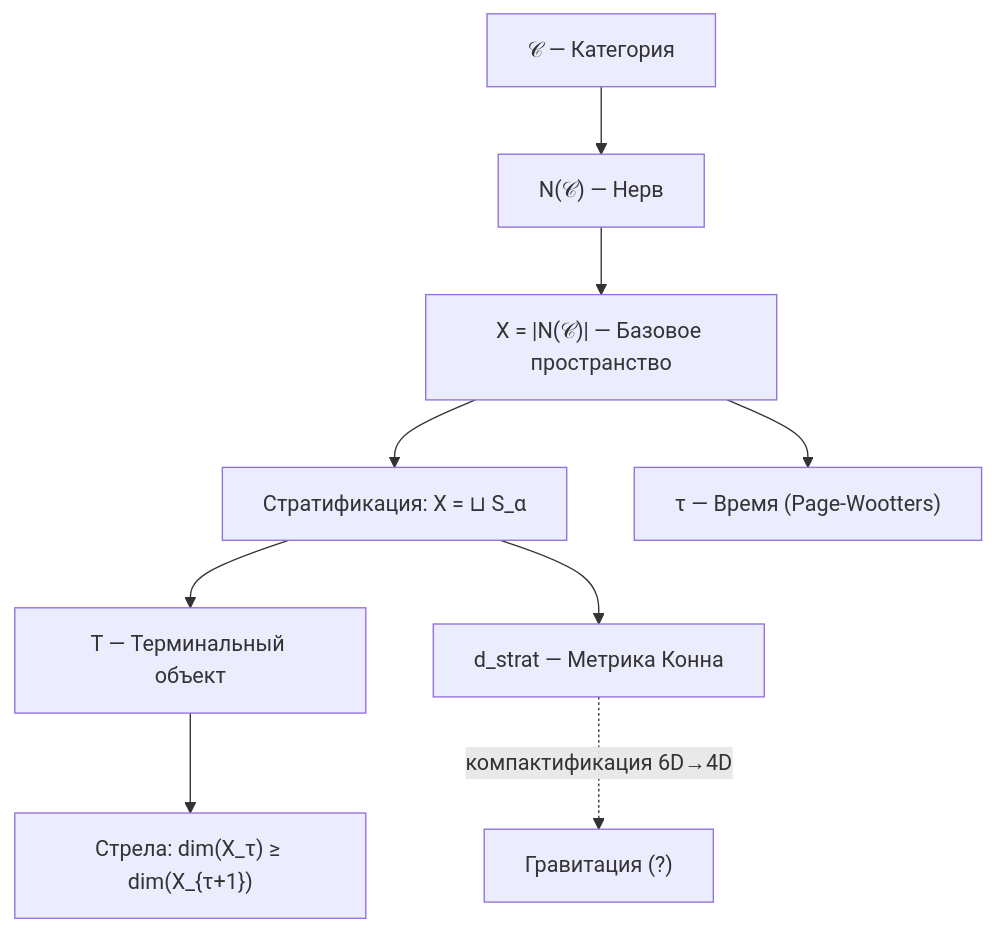
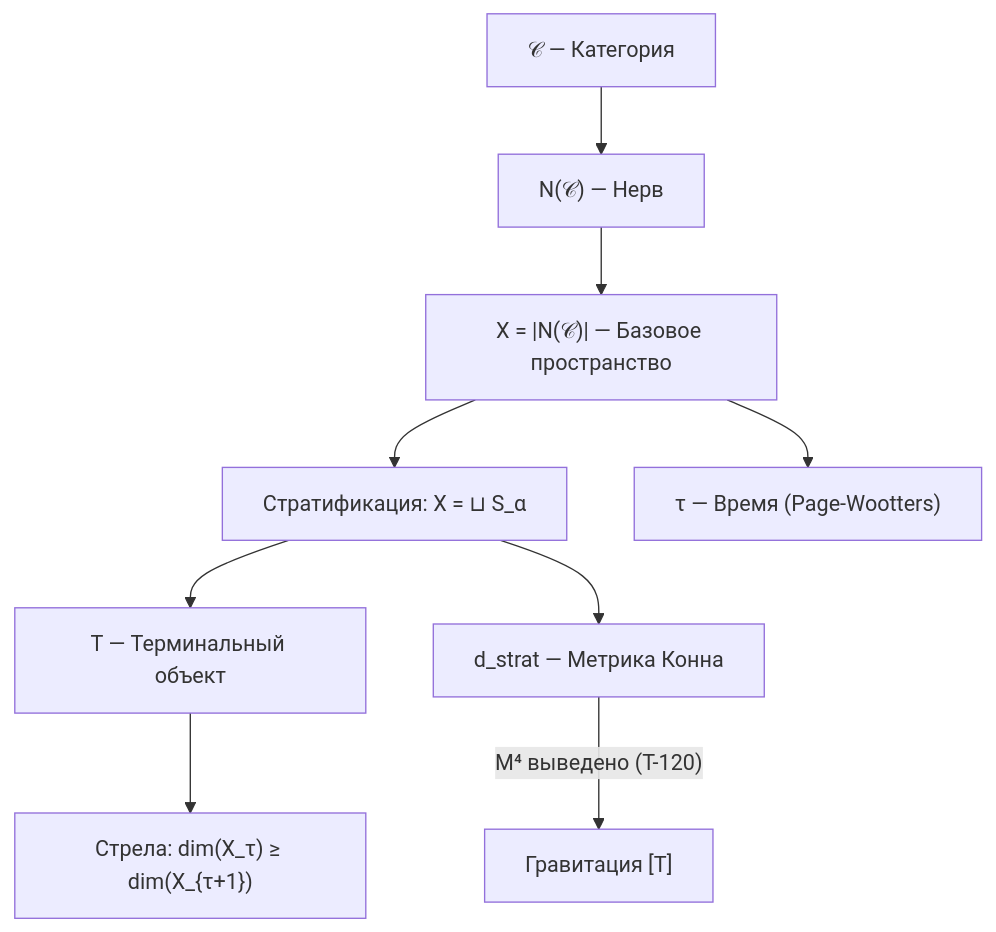
The diagram in website/docs/core/foundations/spacetime.md (uhm-theory/holon), drawn with Mermaid before and after one commit. The commit also changed other lines of this file and 26 other files, not shown here.

````diff
--- a/website/docs/core/foundations/spacetime.md
+++ b/website/docs/core/foundations/spacetime.md
@@ -390,21 +391,21 @@
 ```mermaid
 graph TD
     C["𝒞 — Категория"]
     N["N#40;𝒞#41; — Нерв"]
     X["X = |N#40;𝒞#41;| — Базовое пространство"]
     STRAT["Стратификация: X = ⊔ S_α"]
     T_OBJ["T — Терминальный объект"]
     DSTRAT["d_strat — Метрика Конна"]
     TIME["τ — Время #40;Page-Wootters#41;"]
     ARROW["Стрела: dim#40;X_τ#41; ≥ dim#40;X_{τ+1}#41;"]
-    GR["Гравитация #40;?#41;"]
+    GR["Гравитация #91;Т#93;"]
 
     C --> N
     N --> X
     X --> STRAT
     STRAT --> T_OBJ
     STRAT --> DSTRAT
     X --> TIME
     T_OBJ --> ARROW
-    DSTRAT -.-> |"компактификация 6D→4D"| GR
+    DSTRAT --> |"M⁴ выведено #40;T-120#41;"| GR
 ```
````
